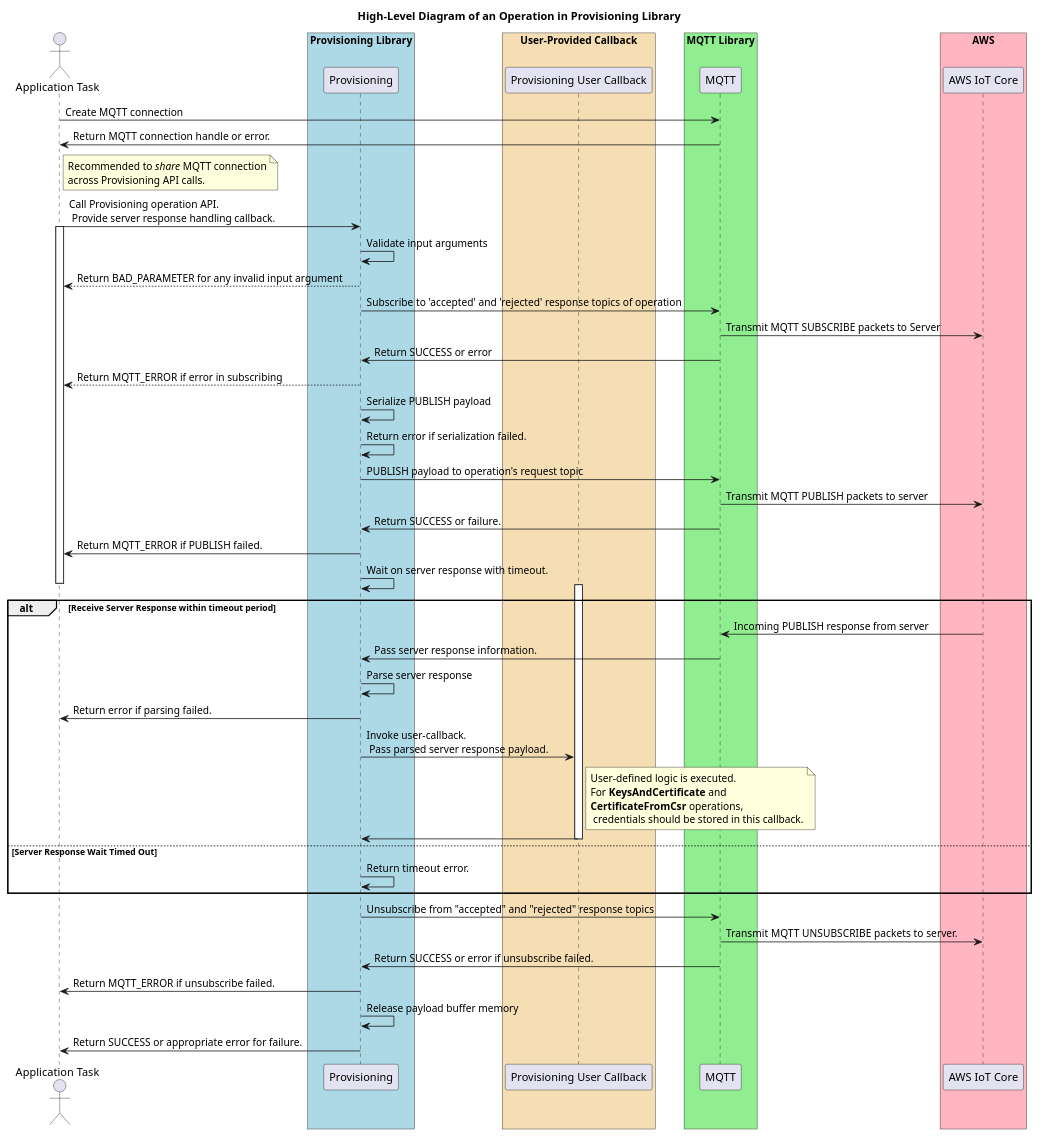
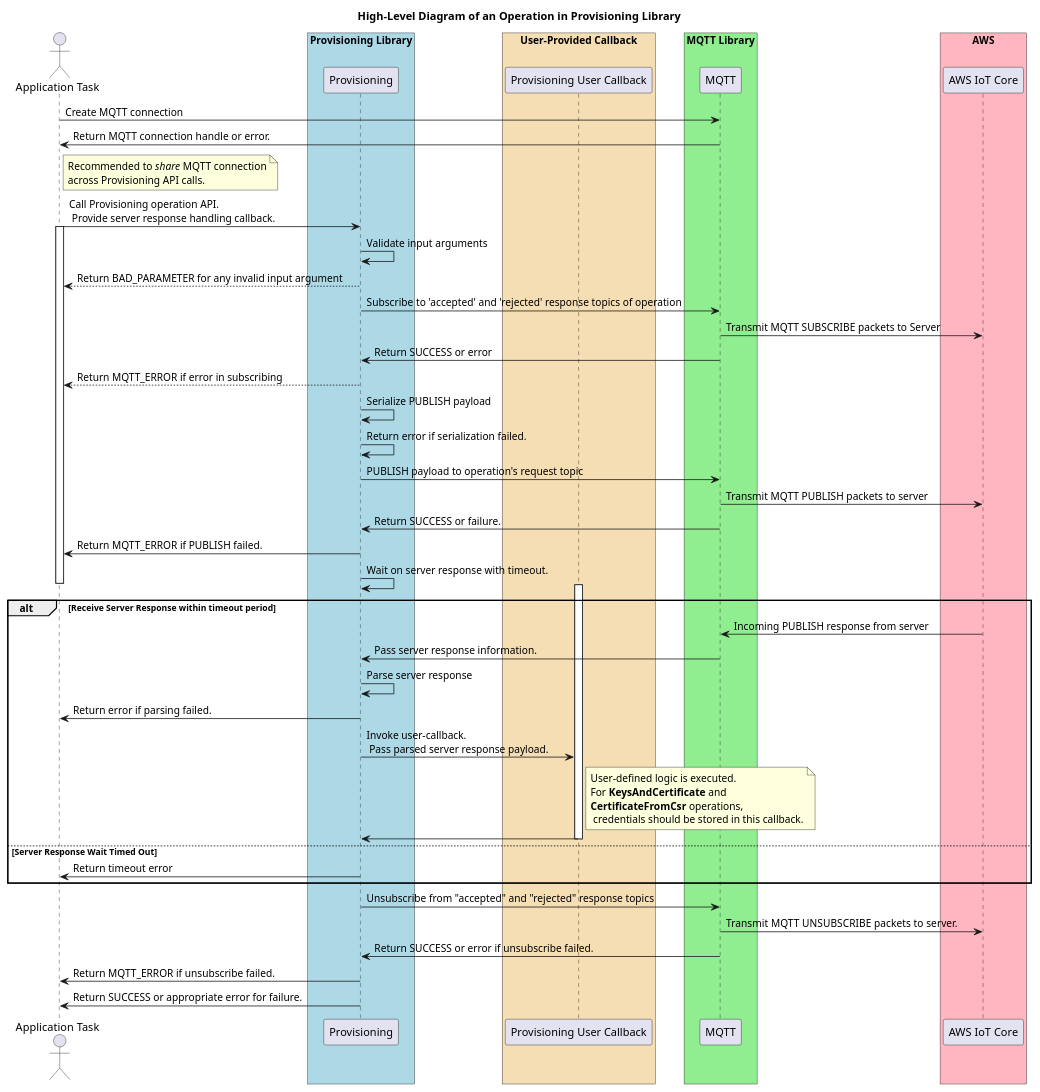
Before and after one commit to aws/aws-iot-device-sdk-embedded-C: the diagram in doc/plantuml/provisioning_operation_highlevel_design.pu, drawn with PlantUML. The commit also changed 1 other file, not shown here.

Commit message:
Minor edit to Provisioning High-level diagram

```diff
--- a/doc/plantuml/provisioning_operation_highlevel_design.pu
+++ b/doc/plantuml/provisioning_operation_highlevel_design.pu
@@ -1,75 +1,74 @@
 @startuml
 
 title High-Level Diagram of an Operation in Provisioning Library
 
 skinparam classFontSize 8
 skinparam classFontName Helvetica
 
 actor "Application Task" as app
 
 box "Provisioning Library" #LightBlue
 participant "Provisioning" as provisioning
 end box
 
 box "User-Provided Callback" #Wheat
 participant "Provisioning User Callback" as callback
 end box
 
 box "MQTT Library" #LightGreen
 participant "MQTT" as mqtt
 end box
 
 box "AWS" #LightPink
 participant "AWS IoT Core" as aws
 end box
 
 app -> mqtt: Create MQTT connection
 mqtt -> app: Return MQTT connection handle or error.
 note right of app: Recommended to <i>share</i> MQTT connection\nacross Provisioning API calls.
 
 app -> provisioning: Call Provisioning operation API.\n Provide server response handling callback.
 activate app
 
 provisioning -> provisioning: Validate input arguments
 provisioning --> app: Return BAD_PARAMETER for any invalid input argument
 
 provisioning -> mqtt: Subscribe to 'accepted' and 'rejected' response topics of operation
 
 mqtt -> aws: Transmit MQTT SUBSCRIBE packets to Server
 mqtt -> provisioning: Return SUCCESS or error
 provisioning --> app: Return MQTT_ERROR if error in subscribing
 
 provisioning -> provisioning: Serialize PUBLISH payload
 provisioning -> provisioning: Return error if serialization failed.
 
 provisioning -> mqtt: PUBLISH payload to operation's request topic
 mqtt -> aws: Transmit MQTT PUBLISH packets to server
 mqtt -> provisioning: Return SUCCESS or failure.
 provisioning -> app: Return MQTT_ERROR if PUBLISH failed.
 
 provisioning -> provisioning: Wait on server response with timeout.
 deactivate app
 alt Receive Server Response within timeout period
 activate callback
 aws -> mqtt : Incoming PUBLISH response from server
 mqtt -> provisioning: Pass server response information.
 provisioning -> provisioning: Parse server response
 provisioning -> app: Return error if parsing failed.
 provisioning -> callback: Invoke user-callback.\n Pass parsed server response payload.
 note right of callback: User-defined logic is executed.\nFor <b>KeysAndCertificate</b> and\n<b>CertificateFromCsr</b> operations,\n credentials should be stored in this callback.
 callback -> provisioning
 deactivate callback
 else Server Response Wait Timed Out 
-provisioning -> provisioning: Return timeout error.
+provisioning -> app: Return timeout error
 end alt
 
 activate app
 provisioning -> mqtt: Unsubscribe from "accepted" and "rejected" response topics
 mqtt -> aws: Transmit MQTT UNSUBSCRIBE packets to server.
 mqtt -> provisioning: Return SUCCESS or error if unsubscribe failed.
 provisioning -> app: Return MQTT_ERROR if unsubscribe failed.
 
-provisioning -> provisioning: Release payload buffer memory
 provisioning -> app: Return SUCCESS or appropriate error for failure.
 deactivate app
 @enduml
```
